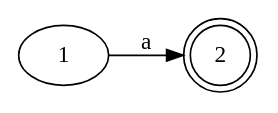
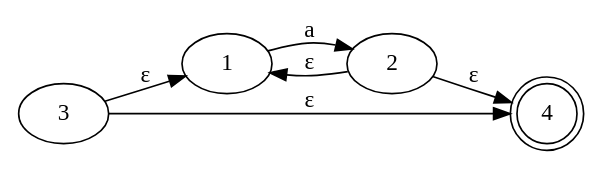
One commit to estebancabreraa/proyecto-diseno-lenguajes changed the diagram in grafos/Resultado Thompson.gv. Above: the diagram before and after it, drawn with Graphviz. The commit also changed 13 other files, not shown here.

```diff
--- a/grafos/Resultado Thompson.gv
+++ b/grafos/Resultado Thompson.gv
@@ -1,6 +1,12 @@
 digraph Automata {
 	rankdir=LR
 	1 [label=1]
-	2 [label=2 shape=doublecircle]
+	2 [label=2]
+	3 [label=3]
+	4 [label=4 shape=doublecircle]
 	1 -> 2 [label=a]
+	3 -> 1 [label="ε"]
+	3 -> 4 [label="ε"]
+	2 -> 4 [label="ε"]
+	2 -> 1 [label="ε"]
 }
```
